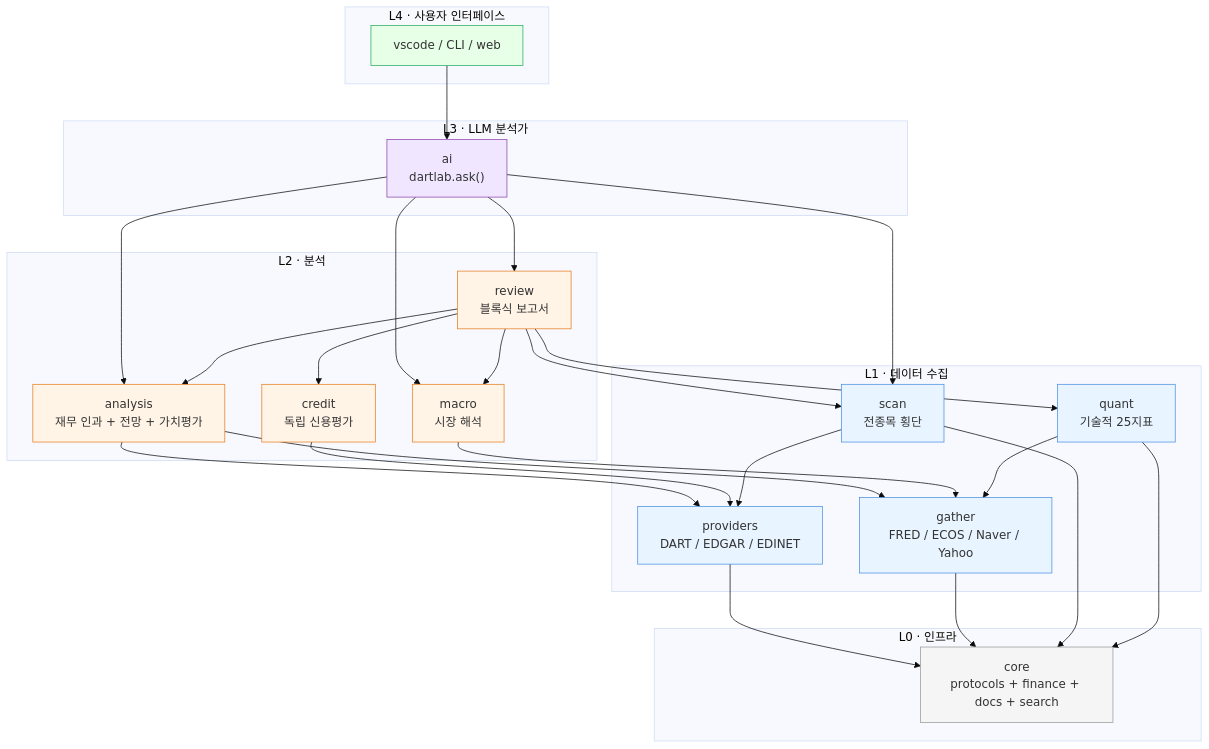
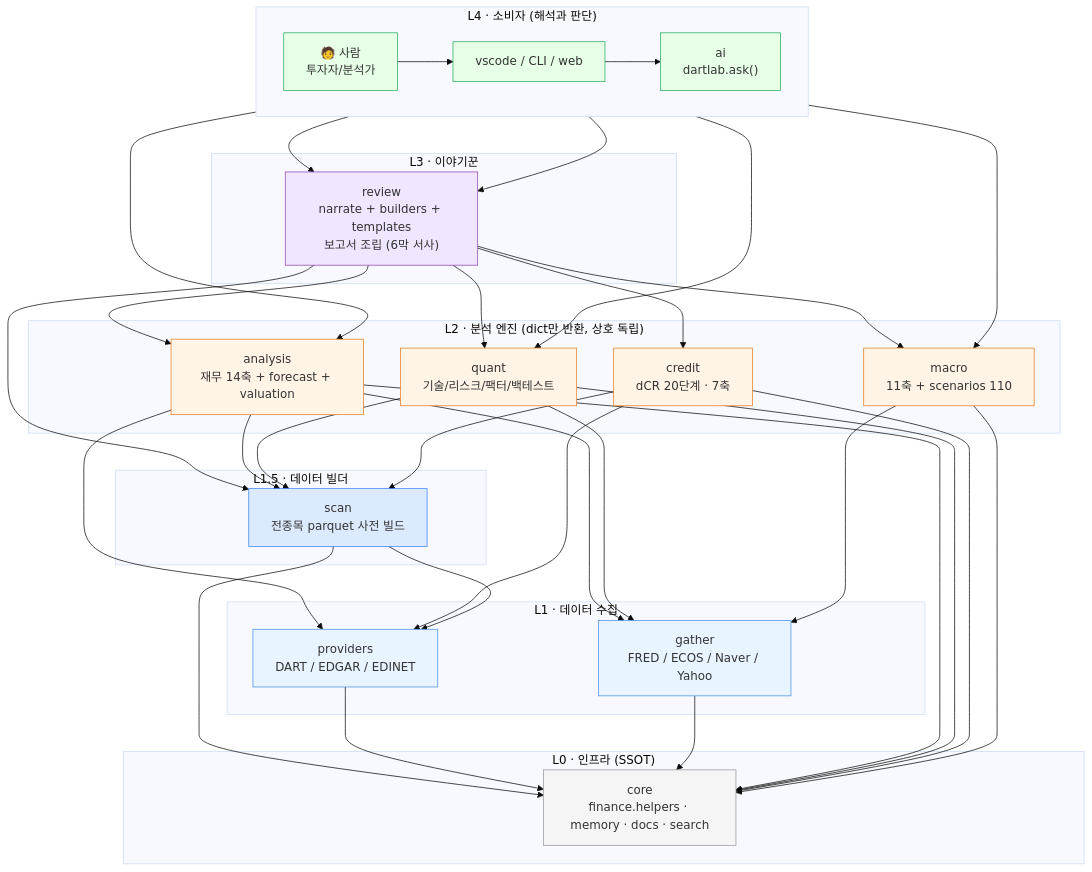
One commit to zkznxk123-sys/dartlab changed the diagram in README.md. Above: the diagram before and after it, drawn with Mermaid (base theme). The commit also changed other lines of this file and 13 other files, not shown here.

````diff
--- a/README.md
+++ b/README.md
@@ -382,56 +388,70 @@
 ```mermaid
 flowchart TB
-    subgraph L4["L4 · 사용자 인터페이스"]
+    subgraph L4["L4 · 소비자 (해석과 판단)"]
+        direction LR
+        HUMAN["🧑 사람<br/>투자자/분석가"]
+        AI["ai<br/>dartlab.ask()"]
         UI["vscode / CLI / web"]
     end
-    subgraph L3["L3 · LLM 분석가"]
-        AI["ai<br/>dartlab.ask()"]
+    subgraph L3["L3 · 이야기꾼"]
+        REV["review<br/>narrate + builders + templates<br/>보고서 조립 (6막 서사)"]
     end
-    subgraph L2["L2 · 분석"]
-        ANA["analysis<br/>재무 인과 + 전망 + 가치평가"]
-        CRD["credit<br/>독립 신용평가"]
-        MAC["macro<br/>시장 해석"]
-        REV["review<br/>블록식 보고서"]
+    subgraph L2["L2 · 분석 엔진 (dict만 반환, 상호 독립)"]
+        ANA["analysis<br/>재무 14축 + forecast + valuation"]
+        QNT["quant<br/>기술/리스크/팩터/백테스트"]
+        CRD["credit<br/>dCR 20단계 · 7축"]
+        MAC["macro<br/>11축 + scenarios 110"]
+    end
+    subgraph L15["L1.5 · 데이터 빌더"]
+        SCN["scan<br/>전종목 parquet 사전 빌드"]
     end
     subgraph L1["L1 · 데이터 수집"]
         PRV["providers<br/>DART / EDGAR / EDINET"]
         GAT["gather<br/>FRED / ECOS / Naver / Yahoo"]
-        SCN["scan<br/>전종목 횡단"]
-        QNT["quant<br/>기술적 25지표"]
     end
-    subgraph L0["L0 · 인프라"]
-        CORE["core<br/>protocols + finance + docs + search"]
+    subgraph L0["L0 · 인프라 (SSOT)"]
+        CORE["core<br/>finance.helpers · memory · docs · search"]
     end
 
+    HUMAN --> UI
     UI --> AI
+    UI --> REV
     AI --> REV
     AI --> ANA
+    AI --> QNT
     AI --> MAC
-    AI --> SCN
     REV --> ANA
+    REV --> QNT
     REV --> CRD
+    REV --> MAC
     REV --> SCN
-    REV --> QNT
-    REV --> MAC
+    ANA --> SCN
     ANA --> PRV
     ANA --> GAT
+    QNT --> SCN
+    QNT --> GAT
+    CRD --> SCN
     CRD --> PRV
     MAC --> GAT
     SCN --> PRV
-    QNT --> GAT
+    SCN --> CORE
     PRV --> CORE
     GAT --> CORE
-    SCN --> CORE
+    ANA --> CORE
     QNT --> CORE
+    CRD --> CORE
+    MAC --> CORE
 
     classDef l0 fill:#f5f5f5,stroke:#999
     classDef l1 fill:#e8f4ff,stroke:#4a90e2
+    classDef l15 fill:#dbeafe,stroke:#3b82f6
     classDef l2 fill:#fff4e6,stroke:#e67e22
     classDef l3 fill:#f0e6ff,stroke:#8e44ad
     classDef l4 fill:#e6ffe6,stroke:#27ae60
     class CORE l0
-    class PRV,GAT,SCN,QNT l1
-    class ANA,CRD,MAC,REV l2
-    class AI l3
-    class UI l4
+    class PRV,GAT l1
+    class SCN l15
+    class ANA,QNT,CRD,MAC l2
+    class REV l3
+    class AI,UI,HUMAN l4
 ```
````
